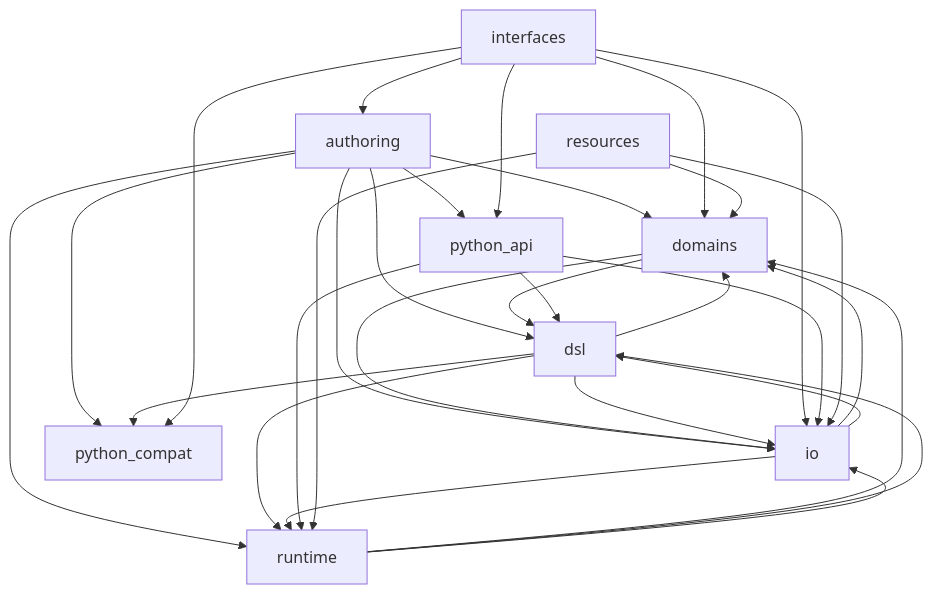
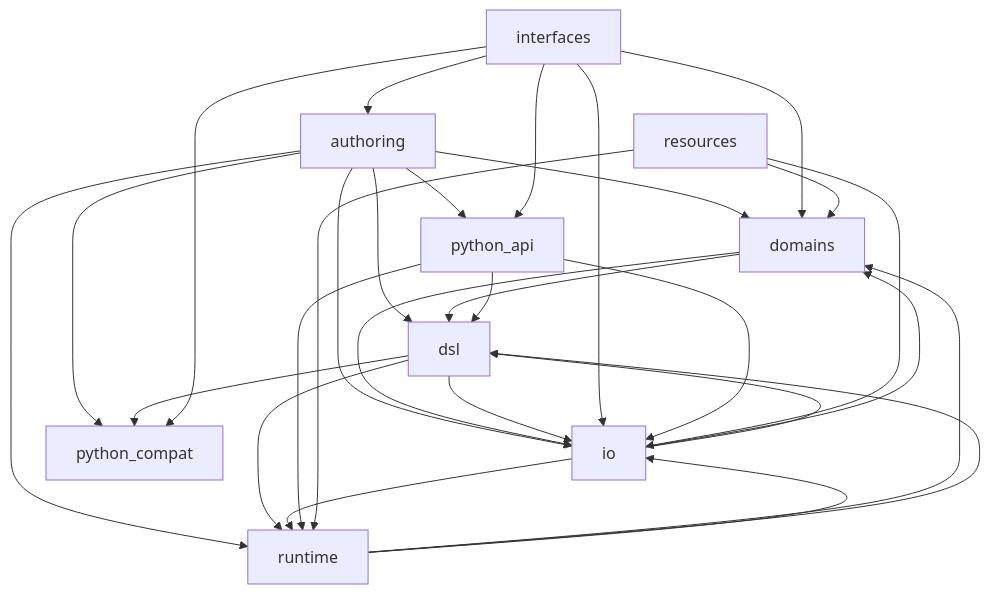
Before and after one commit to rapiddweller/datamimic: the second of 2 diagrams in docs/architecture/refactoring-study/experiment-2/target-architecture.md, drawn with Mermaid. The commit also changed 6 other files, not shown here.

````diff
--- a/docs/architecture/refactoring-study/experiment-2/target-architecture.md
+++ b/docs/architecture/refactoring-study/experiment-2/target-architecture.md
@@ -74,32 +74,31 @@
 ```mermaid
 graph TD
     authoring --> domains
     authoring --> dsl
     authoring --> io
     authoring --> python_api
     authoring --> python_compat
     authoring --> runtime
     domains --> dsl
     domains --> io
-    dsl --> domains
     dsl --> io
     dsl --> python_compat
     dsl --> runtime
     interfaces --> authoring
     interfaces --> domains
     interfaces --> io
     interfaces --> python_api
     interfaces --> python_compat
     io --> domains
     io --> dsl
     io --> runtime
     python_api --> dsl
     python_api --> io
     python_api --> runtime
     resources --> domains
     resources --> io
     resources --> runtime
     runtime --> domains
     runtime --> dsl
     runtime --> io
 ```
````
